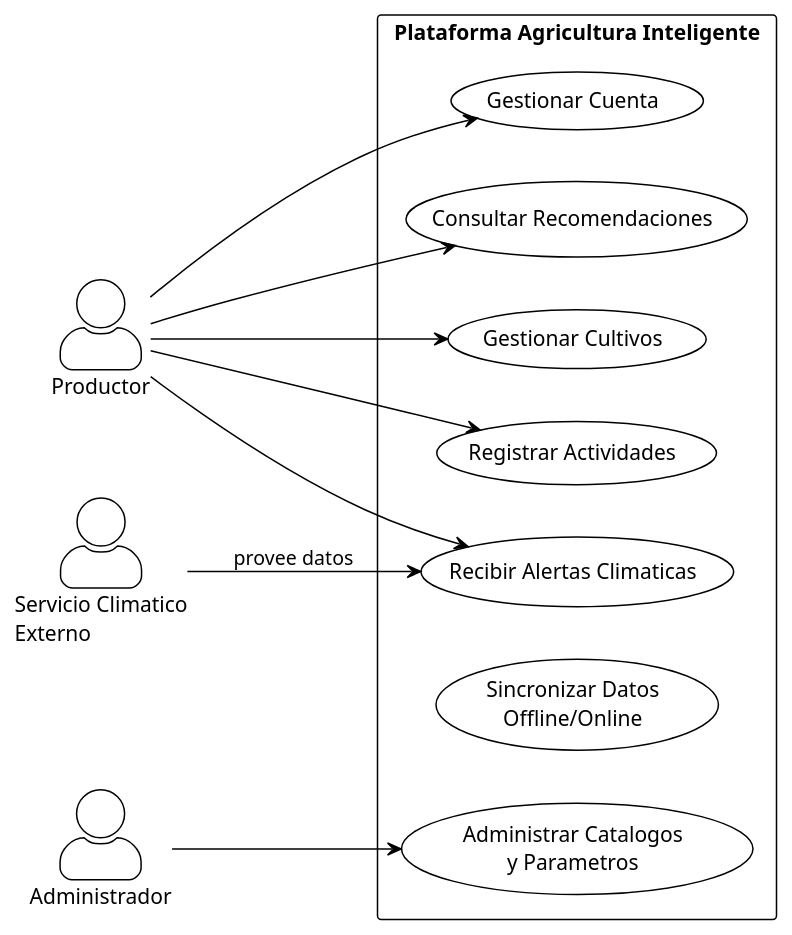
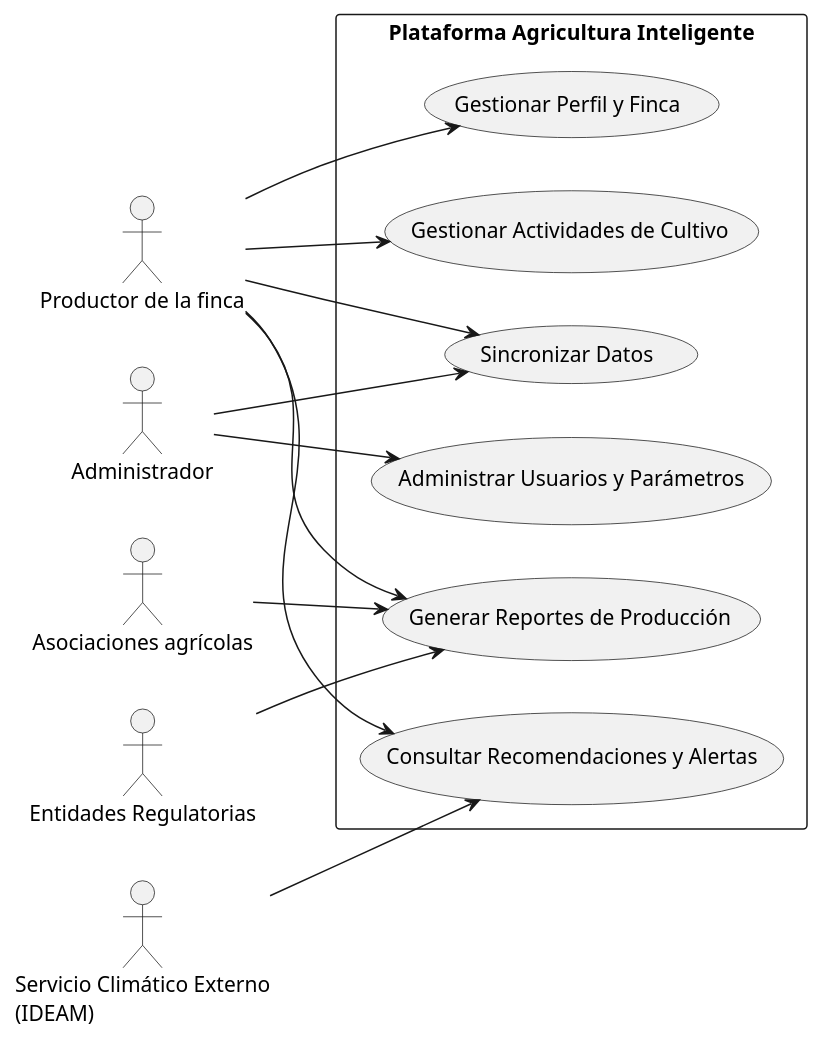
One commit to Moshii-Xz/arquitectura-de-software changed the diagram in 03-Diagramas/01-casos-de-uso-nivel-0.puml. Above: the diagram before and after it, drawn with PlantUML. The commit also changed 17 other files, not shown here.

```diff
--- a/03-Diagramas/01-casos-de-uso-nivel-0.puml
+++ b/03-Diagramas/01-casos-de-uso-nivel-0.puml
@@ -1,32 +1,50 @@
-@startuml casos-de-uso-nivel-0
-!theme plain
+@startuml nivel-0.puml
 left to right direction
-skinparam actorStyle awesome
 skinparam packageStyle rectangle
 
-actor "Productor" as Productor
+' =====================
+' Actores
+' =====================
+actor "Productor de la finca" as Productor
 actor "Administrador" as Admin
-actor "Servicio Climatico\nExterno" as Clima
+actor "Asociaciones agrícolas" as Asociaciones
+actor "Entidades Regulatorias" as Entidades
+actor "Servicio Climático Externo\n(IDEAM)" as IDEAM
 
-rectangle "Plataforma Agricultura Inteligente" {
-  usecase (Gestionar Cuenta) as UC1
-  usecase (Gestionar Cultivos) as UC2
-  usecase (Registrar Actividades) as UC3
-  usecase (Consultar Recomendaciones) as UC4
-  usecase (Recibir Alertas Climaticas) as UC5
-  usecase (Sincronizar Datos\nOffline/Online) as UC6
-  usecase (Administrar Catalogos\ny Parametros) as UC7
+' =====================
+' Límite del Sistema
+' =====================
+package "Plataforma Agricultura Inteligente" {
+
+  usecase "Gestionar Perfil y Finca" as UC1
+  usecase "Gestionar Actividades de Cultivo" as UC2
+  usecase "Consultar Recomendaciones y Alertas" as UC3
+  usecase "Generar Reportes de Producción" as UC4
+  usecase "Sincronizar Datos" as UC5
+  usecase "Administrar Usuarios y Parámetros" as UC6
 }
 
+' =====================
+' Relaciones Productor
+' =====================
 Productor --> UC1
 Productor --> UC2
 Productor --> UC3
 Productor --> UC4
 Productor --> UC5
 
-Admin --> UC7
+' =====================
+' Relaciones Administrador
+' =====================
+Admin --> UC6
+Admin --> UC5
 
-Clima --> UC5 : provee datos
+' =====================
+' Relaciones Externas
+' =====================
+IDEAM --> UC3
 
+Asociaciones --> UC4
+Entidades --> UC4
 
 @enduml
```
